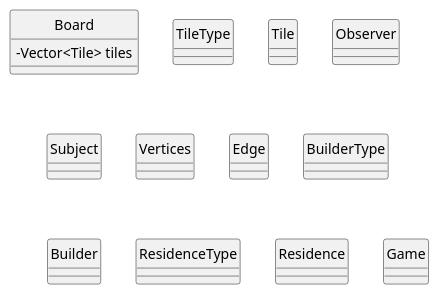
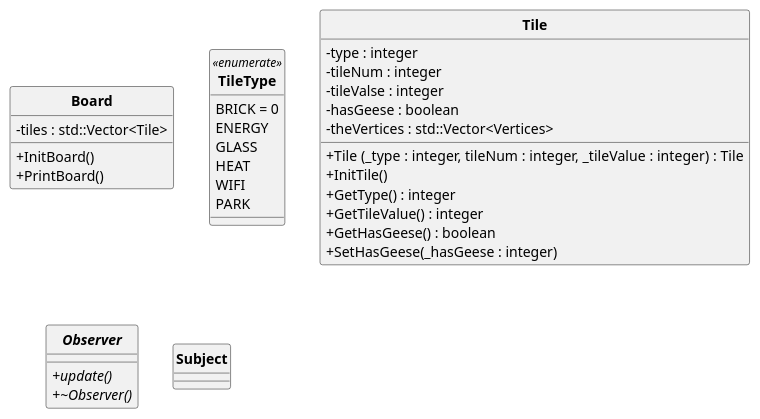
One commit to Charles-Shang/constructor changed the diagram in UML.wsd. Above: the diagram before and after it, drawn with PlantUML.

```diff
--- a/UML.wsd
+++ b/UML.wsd
@@ -1,22 +1,57 @@
 @startuml CS246 Final Project UML 
 skinparam style strictuml
 skinparam SequenceMessageAlignment center
 skinparam classAttributeIconSize 0
-class Board 
-class TileType
-class Tile
-class Observer
-class Subject
-class Vertices
-class Edge 
-class BuilderType
-class Builder 
-class ResidenceType
-class Residence 
-class Residence 
-class Game 
 
-class Board {
-    -Vector<Tile> tiles
+' class **Board**  
+' class **TileType**
+' class **Tile**
+' class **Observer**
+' class **Subject**
+' class **Vertices**
+' class **Edge**
+' class **BuilderType**
+' class **Builder**
+' class **ResidenceType**
+' class **Residence**
+' class **Game**
+
+class **Board**  {
+    -tiles : std::Vector<Tile>
+    +InitBoard()
+    +PrintBoard()
+} 
+
+enum **TileType** << enumerate >> {
+    BRICK = 0
+    ENERGY 
+    GLASS 
+    HEAT 
+    WIFI 
+    PARK
 }
+
+class **Tile** {
+    - type : integer
+    - tileNum : integer
+    - tileValse : integer
+    - hasGeese : boolean
+    - theVertices : std::Vector<Vertices>
+    + Tile (_type : integer, tileNum : integer, _tileValue : integer) : Tile
+    + InitTile()
+    + GetType() : integer
+    + GetTileValue() : integer 
+    + GetHasGeese() : boolean
+    + SetHasGeese(_hasGeese : integer)
+} 
+abstract class **Observer** {
+    + {abstract} update()
+    + {abstract} ~Observer()
+}
+
+class **Subject** {
+
+}
+
+
 @enduml
```
